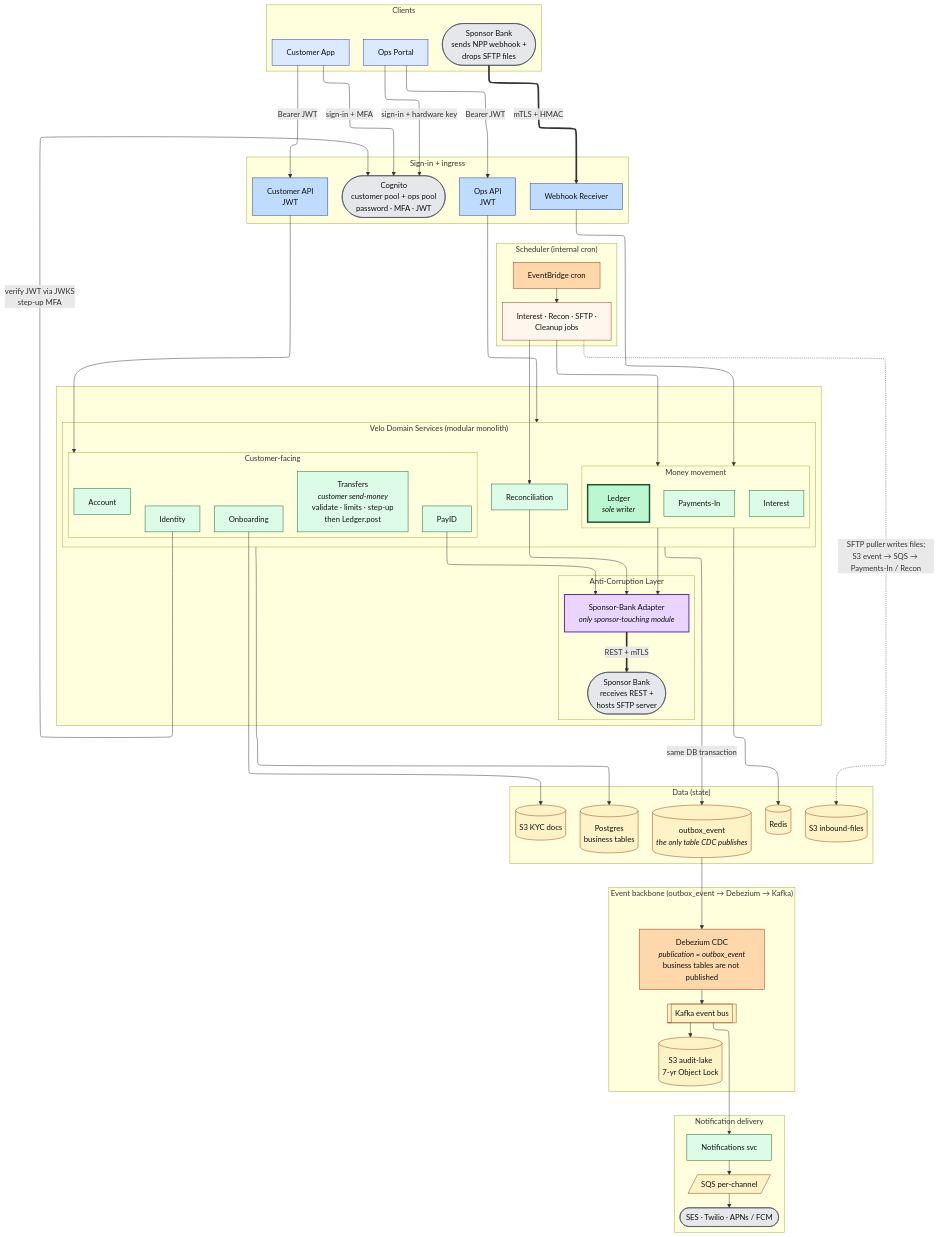
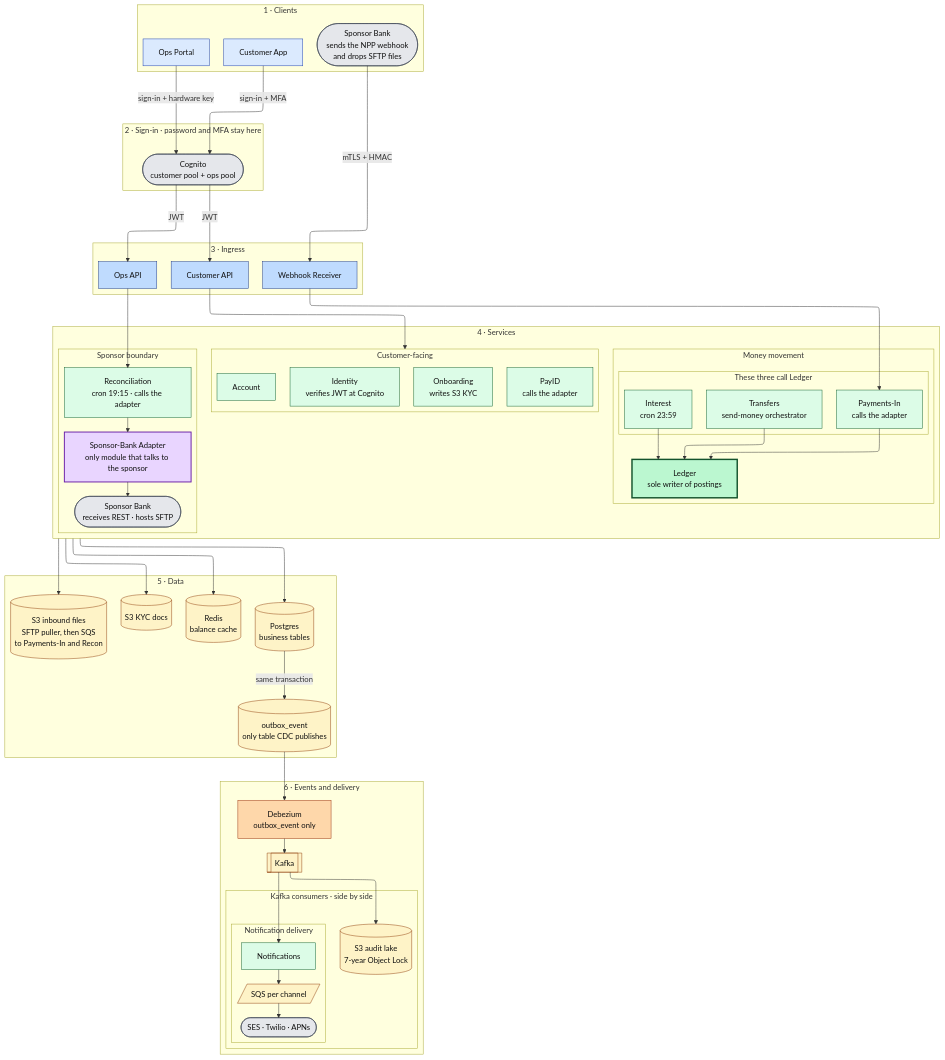
The second of 6 diagrams in docs/09-internal-system-architecture.md (BaroPhan/velo-arch), drawn with Mermaid before and after one commit. The commit also changed other lines of this file, not shown here.

Commit message:
docs: redraw architecture diagram 2 as stacked bands so arrows no longer cross the boxes

````diff
--- a/docs/09-internal-system-architecture.md
+++ b/docs/09-internal-system-architecture.md
@@ -138,128 +138,109 @@
 config:
   flowchart:
     defaultRenderer: elk
+    nodeSpacing: 40
+    rankSpacing: 50
+    padding: 16
 ---
 flowchart TB
-    %% ─── Row 1: Clients (with the sponsor as SENDER at top-right) ───
-    subgraph Clients
+    subgraph B1["1 · Clients"]
       direction LR
       CA[Customer App]:::cli
       OW[Ops Portal]:::cli
-      SP1([Sponsor Bank<br/>sends NPP webhook +<br/>drops SFTP files]):::ext
+      SP1([Sponsor Bank<br/>sends the NPP webhook<br/>and drops SFTP files]):::ext
     end
 
-    %% ─── Row 2: Identity provider + Ingress ───
-    subgraph Edge["Sign-in + ingress"]
+    subgraph B2["2 · Sign-in · password and MFA stay here"]
       direction LR
-      Cog([Cognito<br/>customer pool + ops pool<br/>password · MFA · JWT]):::ext
-      CAPI[Customer API<br/>JWT]:::ing
-      OAPI[Ops API<br/>JWT]:::ing
+      Cog([Cognito<br/>customer pool + ops pool]):::ext
+    end
+
+    subgraph B3["3 · Ingress"]
+      direction LR
+      CAPI[Customer API]:::ing
+      OAPI[Ops API]:::ing
       WHR[Webhook Receiver]:::ing
     end
 
-    %% ─── Row 3: Domain (left) + Anti-Corruption Layer (right) ───
-    subgraph MidRow[" "]
+    subgraph B4["4 · Services"]
       direction LR
-      subgraph Domain["Velo Domain Services  (modular monolith)"]
+      subgraph G1["Customer-facing"]
         direction LR
-        subgraph CustGrp["Customer-facing"]
-          direction TB
-          Id[Identity]:::svc
-          Onb[Onboarding]:::svc
-          Acc[Account]:::svc
-          Tx[Transfers<br/><i>customer send-money</i><br/>validate · limits · step-up<br/>then Ledger.post]:::svc
-          PS[PayID]:::svc
+        Id[Identity<br/>verifies JWT at Cognito]:::svc
+        Onb[Onboarding<br/>writes S3 KYC]:::svc
+        Acc[Account]:::svc
+        PS[PayID<br/>calls the adapter]:::svc
+      end
+      subgraph G2["Money movement"]
+        direction TB
+        subgraph G2top["These three call Ledger"]
+          direction LR
+          PIn[Payments-In<br/>calls the adapter]:::svc
+          Tx[Transfers<br/>send-money orchestrator]:::svc
+          Int[Interest<br/>cron 23:59]:::svc
         end
-        subgraph MoneyGrp["Money movement"]
-          direction TB
-          PIn[Payments-In]:::svc
-          Int[Interest]:::svc
-          Led[Ledger<br/><i>sole writer</i>]:::hub
-        end
-        Recon[Reconciliation]:::svc
+        Led[Ledger<br/>sole writer of postings]:::hub
       end
-      subgraph AclCol["Anti-Corruption Layer"]
+      subgraph G5["Sponsor boundary"]
         direction TB
-        SBA[Sponsor-Bank Adapter<br/><i>only sponsor-touching module</i>]:::acl
-        SP2([Sponsor Bank<br/>receives REST +<br/>hosts SFTP server]):::ext
+        Recon[Reconciliation<br/>cron 19:15 · calls the adapter]:::svc
+        SBA[Sponsor-Bank Adapter<br/>only module that talks to the sponsor]:::acl
+        SP2([Sponsor Bank<br/>receives REST · hosts SFTP]):::ext
       end
     end
 
-    %% ─── Row 4: State (Postgres + Redis + S3s) ───
-    subgraph State["Data  (state)"]
+    subgraph B6["5 · Data"]
       direction LR
+      S3K[(S3 KYC docs)]:::data
+      S3I[(S3 inbound files<br/>SFTP puller, then SQS<br/>to Payments-In and Recon)]:::data
+      Rd[(Redis<br/>balance cache)]:::data
       PG[(Postgres<br/>business tables)]:::data
-      OB[(outbox_event<br/><i>the only table CDC publishes</i>)]:::data
-      Rd[(Redis)]:::data
-      S3K[(S3 KYC docs)]:::data
-      S3I[(S3 inbound-files)]:::data
+      OB[(outbox_event<br/>only table CDC publishes)]:::data
     end
 
-    %% ─── Row 5: Event backbone (outbox only — not every WAL change) ───
-    subgraph EventBus["Event backbone  (outbox_event → Debezium → Kafka)"]
-      direction LR
-      CDC[Debezium CDC<br/><i>publication = outbox_event</i><br/>business tables are not published]:::infra
-      Kf[[Kafka event bus]]:::data
-      S3A[(S3 audit-lake<br/>7-yr Object Lock)]:::data
+    subgraph B7["6 · Events and delivery"]
+      direction TB
+      CDC[Debezium<br/>outbox_event only]:::infra
+      Kf[[Kafka]]:::data
+      subgraph Gfork["Kafka consumers · side by side"]
+        direction LR
+        S3A[(S3 audit lake<br/>7-year Object Lock)]:::data
+        subgraph Gdel["Notification delivery"]
+          direction TB
+          Notif[Notifications]:::svc
+          Sq[/SQS per channel/]:::data
+          Ext([SES · Twilio · APNs]):::ext
+        end
+      end
     end
 
-    %% ─── Row 6: Notification delivery chain ───
-    subgraph NotifRow["Notification delivery"]
-      direction LR
-      Notif[Notifications svc]:::svc
-      Sq[/SQS per-channel/]:::data
-      Ext([SES · Twilio · APNs / FCM]):::ext
-    end
-
-    %% ─── Left sidebar: Scheduler ───
-    subgraph Sched["Scheduler  (internal cron)"]
-      direction TB
-      Cr[EventBridge cron]:::infra
-      Jb[Interest · Recon · SFTP ·<br/>Cleanup jobs]:::job
-    end
-
-    %% ═══ ~22 arrows, all forward — no back-arrows ═══
-
-    %% Row 1 → Row 2 : sign-in, then API. Sponsor does not use Cognito.
     CA -->|sign-in + MFA| Cog
     OW -->|sign-in + hardware key| Cog
-    CA -->|Bearer JWT| CAPI
-    OW -->|Bearer JWT| OAPI
-    Id -->|verify JWT via JWKS<br/>step-up MFA| Cog
-    SP1 ==>|mTLS + HMAC| WHR
+    Cog -->|JWT| CAPI
+    Cog -->|JWT| OAPI
+    SP1 -->|mTLS + HMAC| WHR
 
-    %% Row 2 → Row 3 : ingress → domain (3 group-level, not 11 individual)
-    CAPI --> CustGrp
-    OAPI --> Domain
-    WHR --> MoneyGrp
+    CAPI --> G1
+    OAPI --> Recon
+    WHR --> PIn
 
-    %% Row 3 sponsor funnel : 3 services → SBA → SP2 (4)
-    MoneyGrp --> SBA
-    PS --> SBA
+    PIn --> Led
+    Tx --> Led
+    Int --> Led
     Recon --> SBA
-    SBA ==>|REST + mTLS| SP2
+    SBA --> SP2
 
-    %% Row 3 → Row 4 : domain owns state. Outbox row is written in the SAME txn as the business write.
-    Domain --> PG
-    Domain -->|same DB transaction| OB
-    MoneyGrp --> Rd
-    Onb --> S3K
-
-    %% Row 4 → Row 5 : CDC publishes outbox_event only — not every table's WAL
+    B4 --> PG
+    B4 --> Rd
+    B4 --> S3K
+    B4 --> S3I
+    PG -->|same transaction| OB
     OB --> CDC
     CDC --> Kf
     Kf --> S3A
-
-    %% Row 5 → Row 6 : event → notification delivery
     Kf --> Notif
     Notif --> Sq
     Sq --> Ext
-
-    %% Scheduler sidebar → services + inbound files (4)
-    Cr --> Jb
-    Jb --> MoneyGrp
-    Jb --> Recon
-    Jb -.->|SFTP puller writes files;<br/>S3 event → SQS → Payments-In / Recon| S3I
 
     classDef cli fill:#dbeafe,stroke:#1e40af,color:#111
     classDef ing fill:#bfdbfe,stroke:#1e3a8a,color:#111
@@ -268,6 +249,5 @@
     classDef acl fill:#e9d5ff,stroke:#6b21a8,color:#111,stroke-width:2px
     classDef data fill:#fef3c7,stroke:#92400e,color:#111
     classDef infra fill:#fed7aa,stroke:#9a3412,color:#111
-    classDef job fill:#fff7ed,stroke:#9a3412,color:#111
     classDef ext fill:#e5e7eb,stroke:#374151,color:#111
 ```
````
